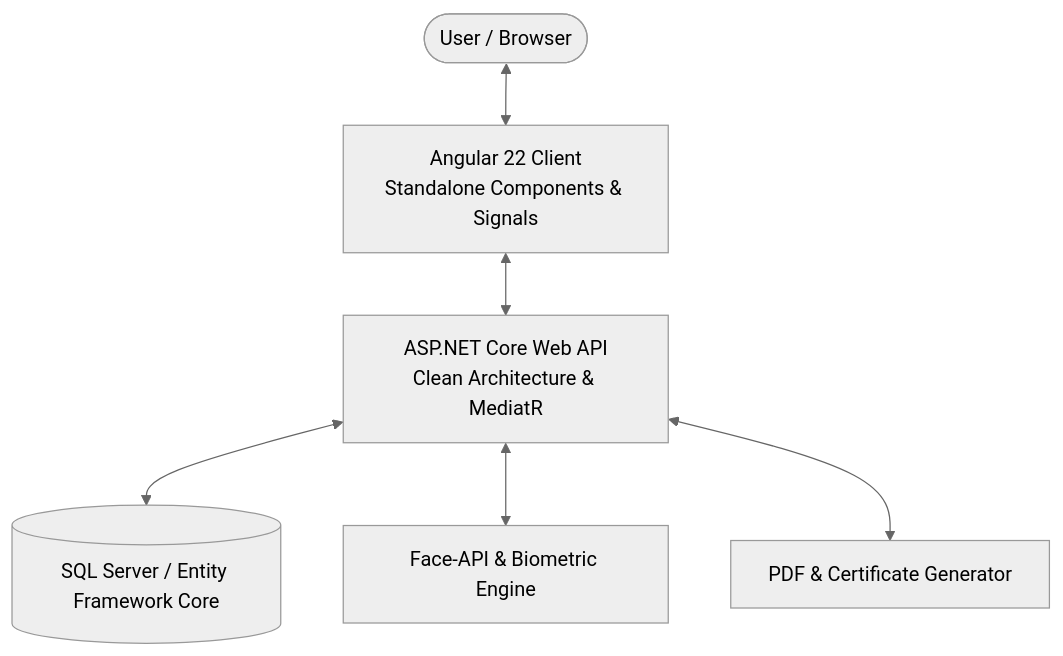
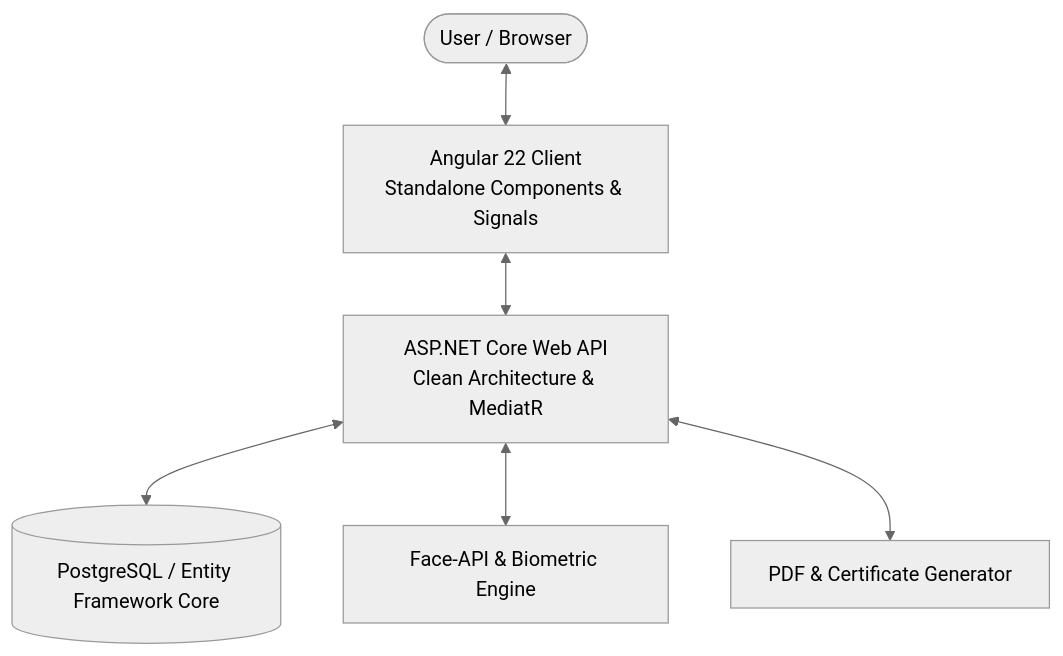
Before and after one commit to Rihana-Jemal-2026/BrightTutor.: the diagram in README.md, drawn with Mermaid (neutral theme). The commit also changed other lines of this file, not shown here.

Commit message:
docs: update README.md with comprehensive screenshot descriptions and Clean Architecture structure

````diff
--- a/README.md
+++ b/README.md
@@ -90,8 +112,8 @@
 ```mermaid
 graph TD
     User([User / Browser]) <--> AngularFrontend[Angular 22 Client<br/>Standalone Components & Signals]
     AngularFrontend <--> REST_API[ASP.NET Core Web API<br/>Clean Architecture & MediatR]
-    REST_API <--> DB[(SQL Server / Entity Framework Core)]
+    REST_API <--> DB[(PostgreSQL / Entity Framework Core)]
     REST_API <--> FaceAPI[Face-API & Biometric Engine]
     REST_API <--> CertificateEngine[PDF & Certificate Generator]
 ```
````
